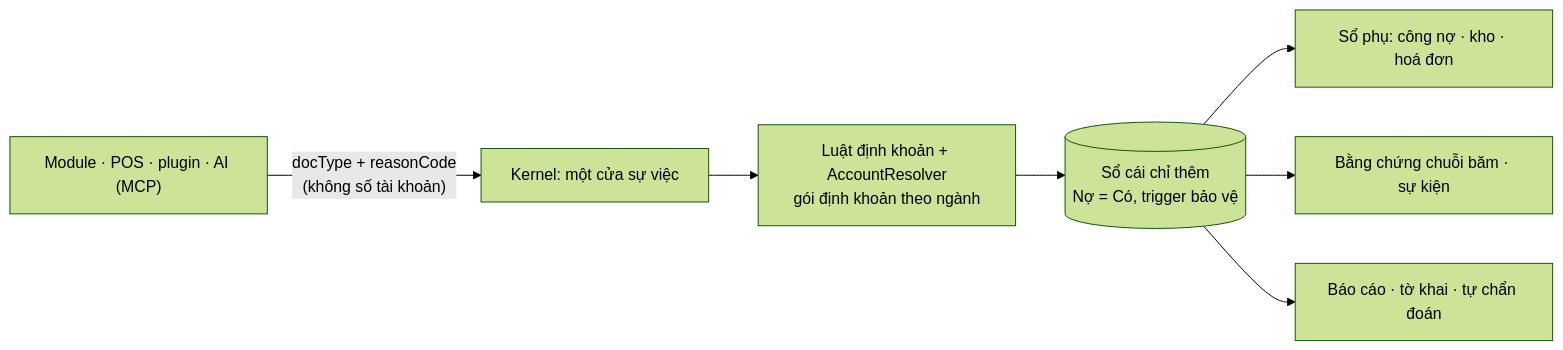
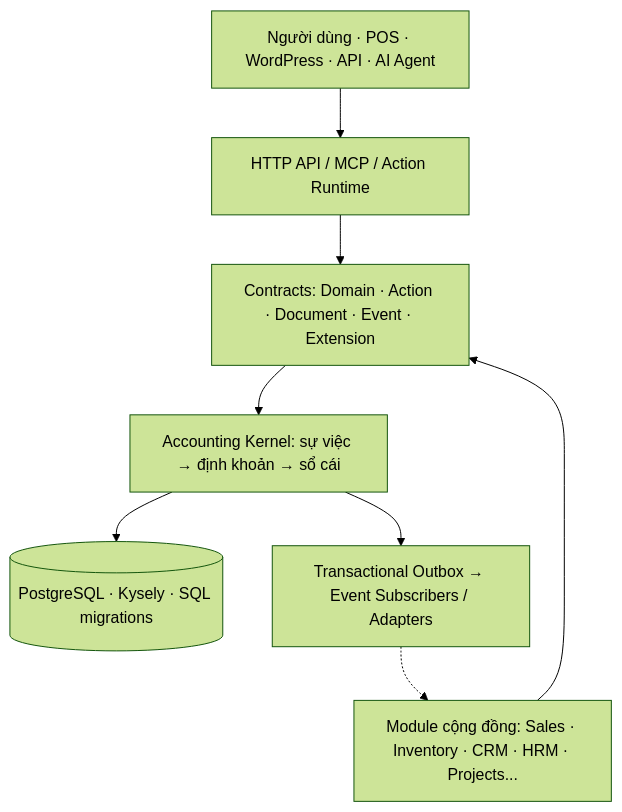
The diagram in README.md (hoanganh8389/bizcity-open-ketoan), drawn with Mermaid (forest theme) before and after one commit. The commit also changed other lines of this file and 2 other files, not shown here.

First line of the commit message:
docs: viết lại README theo tuyên ngôn open-ketoan, thêm lối vào cài đặt / sử dụng / viết module / vận hành

````diff
--- a/README.md
+++ b/README.md
@@ -36,9 +44,15 @@
 ```mermaid
-flowchart LR
-  SRC["Module · POS · plugin · AI (MCP)"] -->|"docType + reasonCode<br/>(không số tài khoản)"| IN["Kernel: một cửa sự việc"]
-  IN --> POST["Luật định khoản + AccountResolver<br/>gói định khoản theo ngành"]
-  POST --> LED[("Sổ cái chỉ thêm<br/>Nợ = Có, trigger bảo vệ")]
-  LED --> SUB["Sổ phụ: công nợ · kho · hoá đơn"]
-  LED --> EVD["Bằng chứng chuỗi băm · sự kiện"]
-  LED --> REP["Báo cáo · tờ khai · tự chẩn đoán"]
+flowchart TB
+  U["Người dùng · POS · WordPress · API · AI Agent"]
+  A["HTTP API / MCP / Action Runtime"]
+  C["Contracts: Domain · Action · Document · Event · Extension"]
+  M["Module cộng đồng: Sales · Inventory · CRM · HRM · Projects..."]
+  K["Accounting Kernel: sự việc → định khoản → sổ cái"]
+  P[("PostgreSQL · Kysely · SQL migrations")]
+  E["Transactional Outbox → Event Subscribers / Adapters"]
+  U --> A --> C
+  M --> C
+  C --> K --> P
+  K --> E
+  E -.-> M
 ```
````
